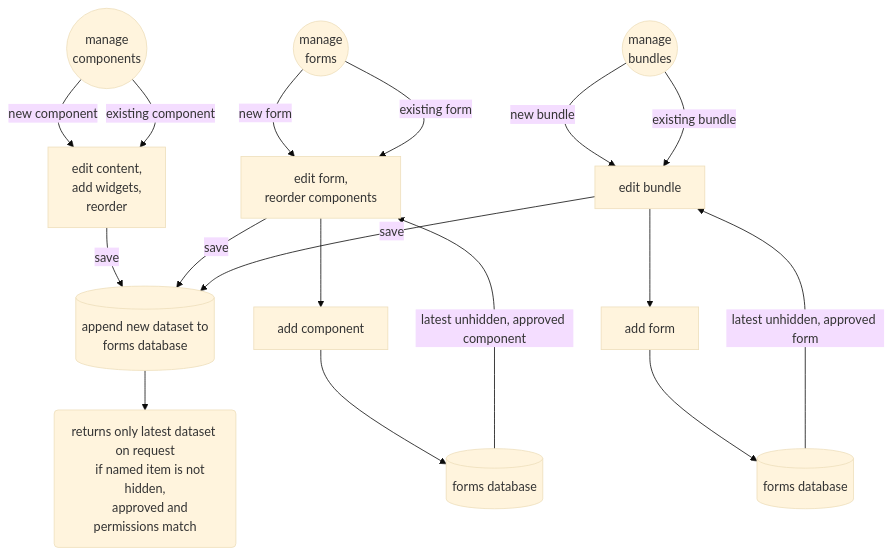
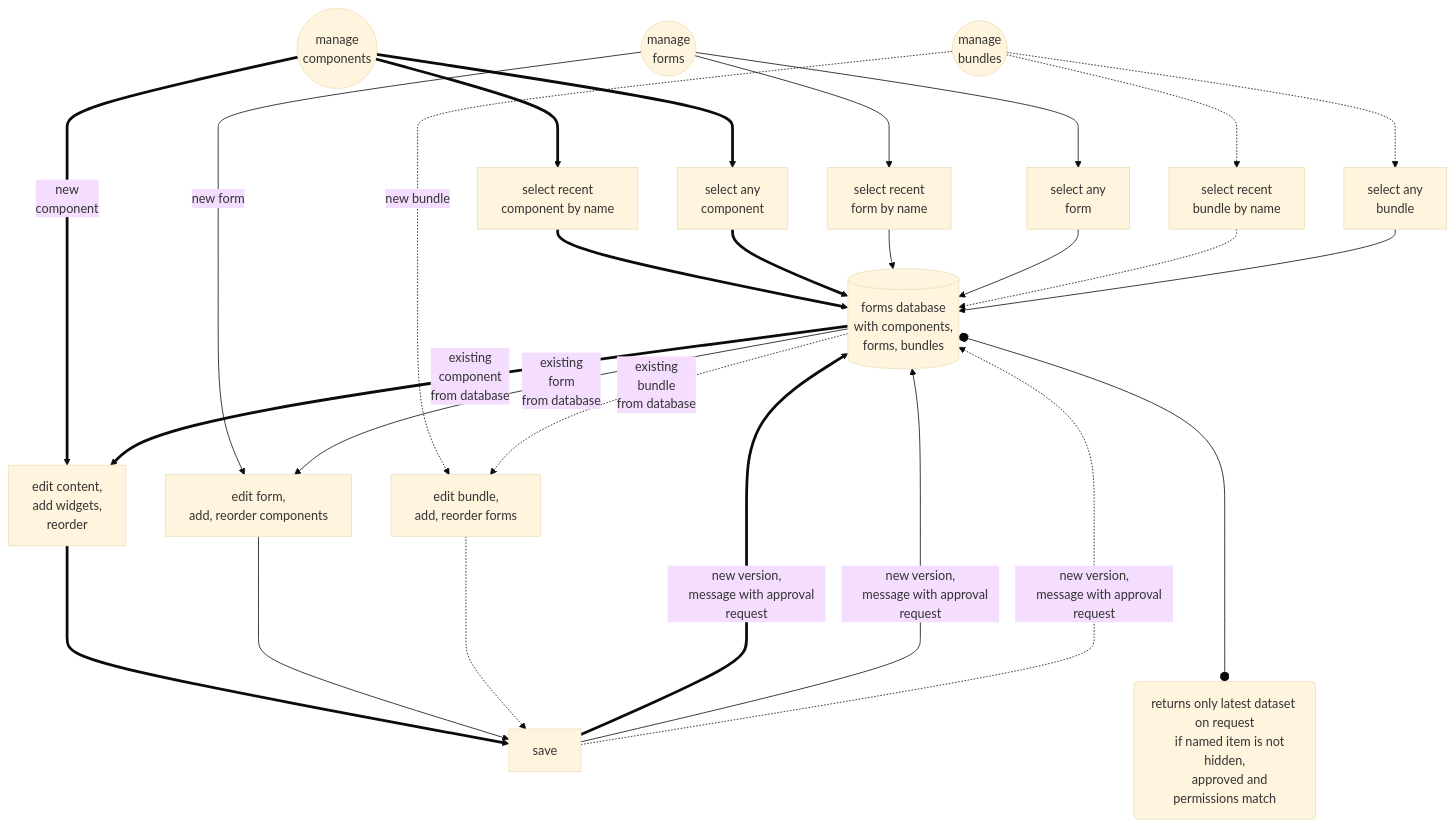
One commit to erroronline1/caro changed the third of 9 diagrams in readme.md. Above: the diagram before and after it, drawn with Mermaid (base theme). The commit also changed other lines of this file and 1 other file, not shown here.

Commit message:
flowcharts updates

````diff
--- a/readme.md
+++ b/readme.md
@@ -469,32 +467,58 @@
 ```mermaid
 graph TD;
     manage_components(("manage
-    components"))-->|new component|edit_component["edit content,
+    components"))===>select["select recent
+    component by name"];
+    select==>forms_database[("forms database
+    with components,
+    forms, bundles")];
+    manage_components==>select2["select any
+    component"];
+    select2==>forms_database;
+    manage_components==>|"new
+    component"|edit_component["edit content,
     add widgets,
     reorder"];
-    manage_components(("manage
-    components"))-->|existing component|edit_component;
-    edit_component-->|save|new_forms_database[("append new dataset to
-    forms database")];
+    forms_database==>|"existing
+    component
+    from database"|edit_component;
+    edit_component==>save[save];
+    save===>|"new version,
+    message with approval request"|forms_database;
 
     manage_forms(("manage
-    forms"))-->|new form|edit_form["edit form,
-    reorder components"];
-    manage_forms-->|existing form|edit_form;
-    edit_form-->add_component[add component];
-    add_component-->forms_database[(forms database)];
-    forms_database-->|latest unhidden, approved component|edit_form;
-    edit_form-->|save|new_forms_database;
+    forms"))--->select3["select recent
+    form by name"];
+    select3-->forms_database;
+    manage_forms-->select4["select any
+    form"];
+    select4-->forms_database;
+    manage_forms-->|new form|edit_form["edit form,
+    add, reorder components"];
+    forms_database-->|"existing
+    form
+    from database"|edit_form;
+    edit_form-->save;
+    save--->|"new version,
+    message with approval request"|forms_database;
+    
+    manage_bundles(("manage
+    bundles"))-..->select5["select recent
+    bundle by name"];
+    select5-.->forms_database;
+    manage_bundles-.->select6["select any
+    bundle"];
+    select6-->forms_database;
+    manage_bundles-.->|new bundle|edit_bundle["edit bundle,
+    add, reorder forms"];
+    forms_database-.->|"existing
+    bundle
+    from database"|edit_bundle;
+    edit_bundle-..->save;
+    save-..->|"new version,
+    message with approval request"|forms_database;
 
-    manage_bundles(("manage
-    bundles"))-->|new bundle|edit_bundle["edit bundle"];
-    manage_bundles-->|existing bundle|edit_bundle;
-    edit_bundle-->add_form[add form];
-    add_form-->forms_database2[(forms database)];
-    forms_database2-->|latest unhidden, approved form|edit_bundle;
-    edit_bundle-->|save|new_forms_database
-
-    new_forms_database-->returns("returns only latest dataset on request
+    forms_database o----oreturns("returns only latest dataset on request
     if named item is not hidden,
     approved and permissions match")
 ```
````
